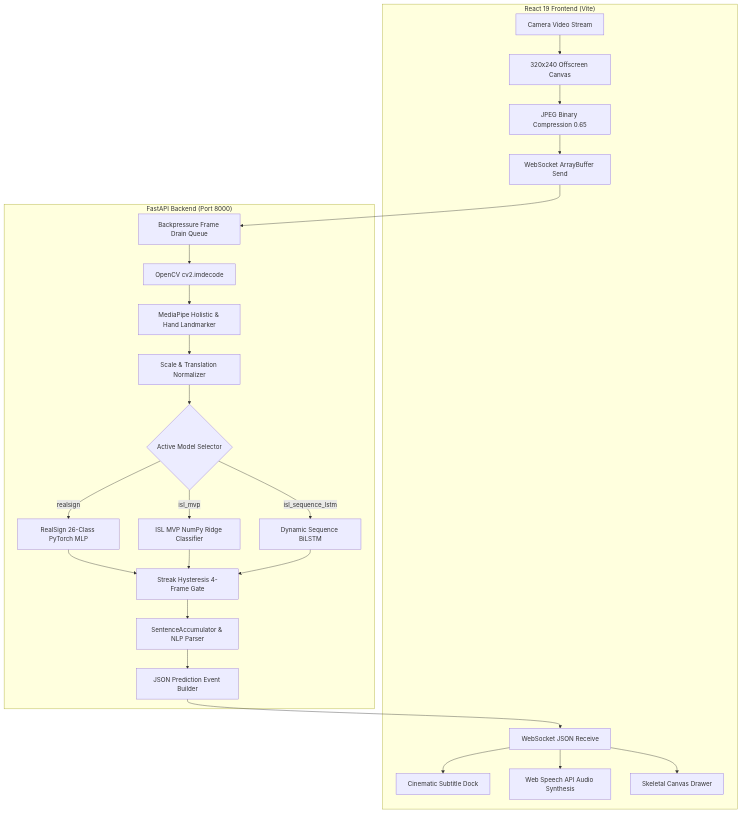
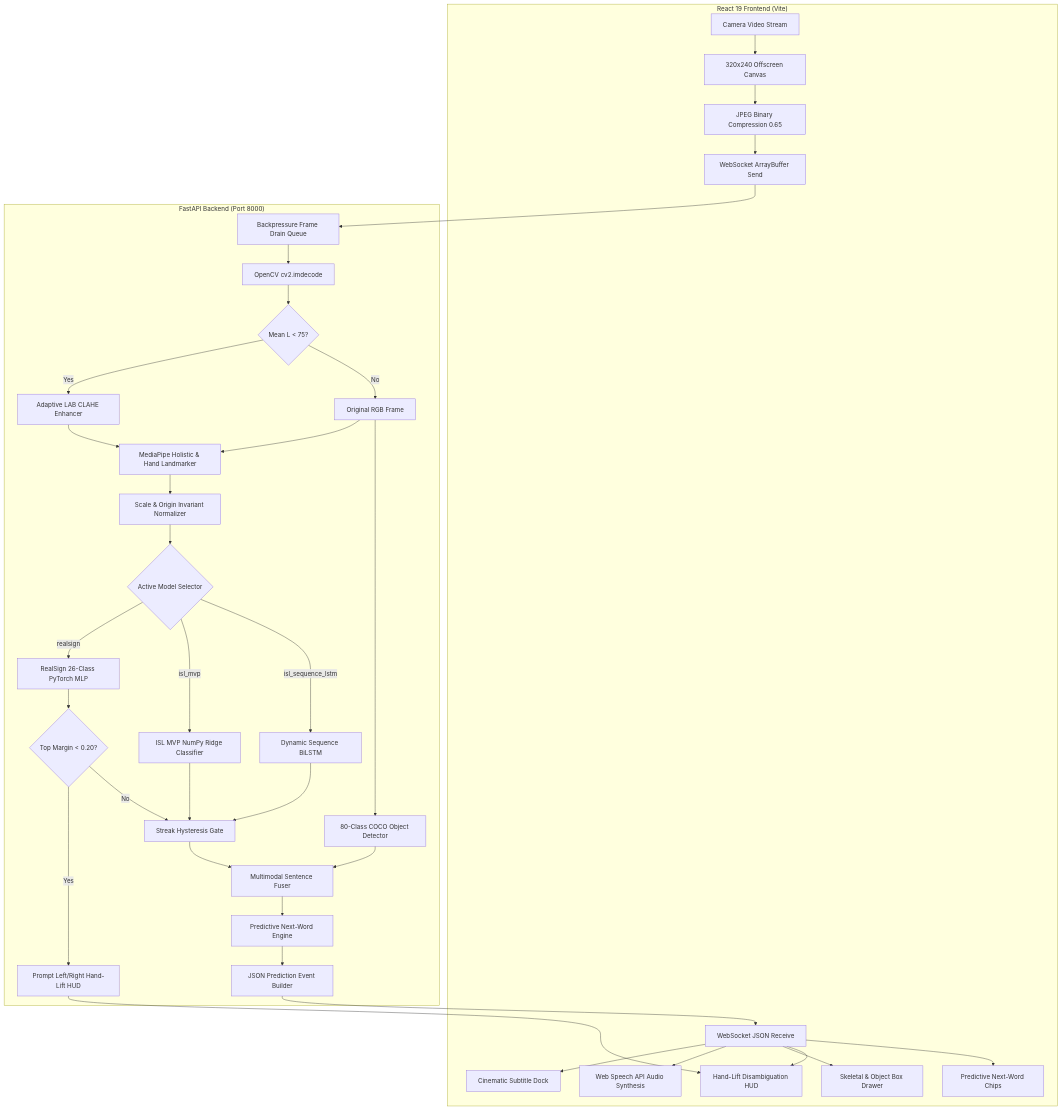
Before and after one commit to Isobit7/SETU: the diagram in Sathwik/SETU_MASTER_CODEBASE_ANALYSIS_AND_ROADMAP.md, drawn with Mermaid. The commit also changed other lines of this file and 1 other file, not shown here.

Commit message:
docs(roadmap): update SETU master codebase analysis and roadmap with Checkpoint 26 multimodal AI & diagnostic audit

````diff
--- a/Sathwik/SETU_MASTER_CODEBASE_ANALYSIS_AND_ROADMAP.md
+++ b/Sathwik/SETU_MASTER_CODEBASE_ANALYSIS_AND_ROADMAP.md
@@ -176,31 +193,49 @@
 ```mermaid
 flowchart TD
     subgraph Client["React 19 Frontend (Vite)"]
         Cam[Camera Video Stream] --> Canvas[320x240 Offscreen Canvas]
         Canvas --> JPEG[JPEG Binary Compression 0.65]
         JPEG --> WSSend[WebSocket ArrayBuffer Send]
+        
         WSReceive[WebSocket JSON Receive] --> SubDock[Cinematic Subtitle Dock]
         WSReceive --> TTS[Web Speech API Audio Synthesis]
-        WSReceive --> CanvasOverlay[Skeletal Canvas Drawer]
+        WSReceive --> CanvasOverlay[Skeletal & Object Box Drawer]
+        WSReceive --> DisambigHUD[Hand-Lift Disambiguation HUD]
+        WSReceive --> PredictBar[Predictive Next-Word Chips]
     end
 
     subgraph Server["FastAPI Backend (Port 8000)"]
         WSSend --> WSQueue[Backpressure Frame Drain Queue]
         WSQueue --> CV2[OpenCV cv2.imdecode]
-        CV2 --> MediaPipe[MediaPipe Holistic & Hand Landmarker]
-        MediaPipe --> Norm[Scale & Translation Normalizer]
+        
+        CV2 --> LowLightCheck{Mean L < 75?}
+        LowLightCheck -->|Yes| CLAHE[Adaptive LAB CLAHE Enhancer]
+        LowLightCheck -->|No| FramePass[Original RGB Frame]
+        
+        CLAHE --> MediaPipe[MediaPipe Holistic & Hand Landmarker]
+        FramePass --> MediaPipe
+        FramePass --> COCODet[80-Class COCO Object Detector]
+        
+        MediaPipe --> Norm[Scale & Origin Invariant Normalizer]
         
         Norm --> Router{Active Model Selector}
         Router -->|realsign| RealSignMLP[RealSign 26-Class PyTorch MLP]
         Router -->|isl_mvp| RidgeClf[ISL MVP NumPy Ridge Classifier]
         Router -->|isl_sequence_lstm| BiLSTM[Dynamic Sequence BiLSTM]
         
-        RealSignMLP --> Filter[Streak Hysteresis 4-Frame Gate]
+        RealSignMLP --> Arbiter{Top Margin < 0.20?}
+        Arbiter -->|Yes| TriggerDisambig[Prompt Left/Right Hand-Lift HUD]
+        TriggerDisambig --> DisambigHUD
+        
+        Arbiter -->|No| Filter[Streak Hysteresis Gate]
         RidgeClf --> Filter
         BiLSTM --> Filter
         
-        Filter --> Accum[SentenceAccumulator & NLP Parser]
-        Accum --> JSONGen[JSON Prediction Event Builder]
+        COCODet --> MultiFuser[Multimodal Sentence Fuser]
+        Filter --> MultiFuser
+        
+        MultiFuser --> PredictEngine[Predictive Next-Word Engine]
+        PredictEngine --> JSONGen[JSON Prediction Event Builder]
         JSONGen --> WSReceive
     end
 ```
````
